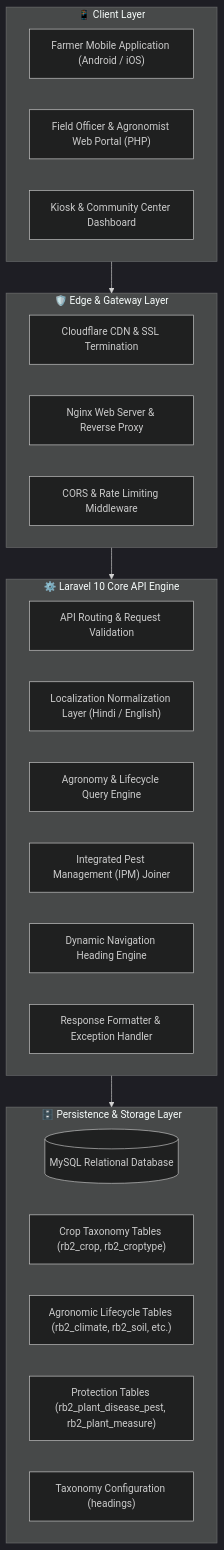
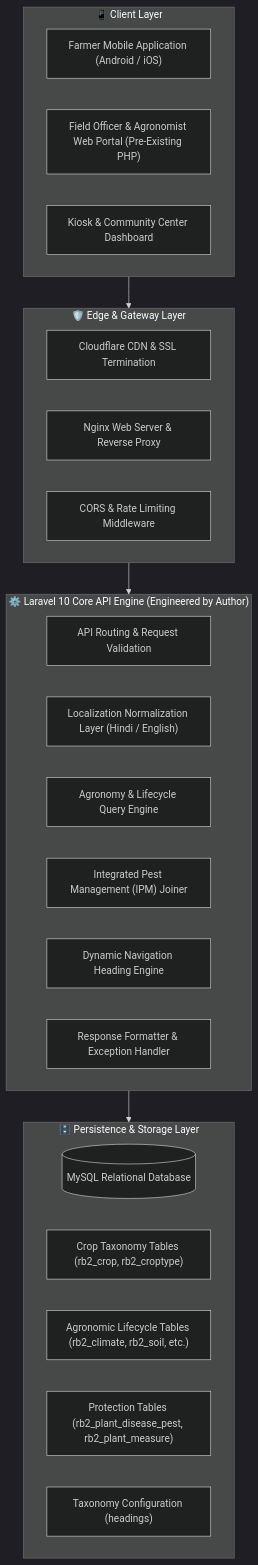
One commit to yashin-chauhan/pragya-crop-advisory changed the first of 2 diagrams in ARCHITECTURE.md. Above: the diagram before and after it, drawn with Mermaid (dark theme). The commit also changed other lines of this file and 1 other file, not shown here.

Commit message:
docs: clarify scope of work emphasizing standalone Laravel REST API modernization layer

````diff
--- a/ARCHITECTURE.md
+++ b/ARCHITECTURE.md
@@ -11,35 +13,35 @@
 ```mermaid
 graph TD
     subgraph Clients["📱 Client Layer"]
         A1["Farmer Mobile Application (Android / iOS)"]
-        A2["Field Officer & Agronomist Web Portal (PHP)"]
+        A2["Field Officer & Agronomist Web Portal (Pre-Existing PHP)"]
         A3["Kiosk & Community Center Dashboard"]
     end
 
     subgraph Edge["🛡️ Edge & Gateway Layer"]
         B1["Cloudflare CDN & SSL Termination"]
         B2["Nginx Web Server & Reverse Proxy"]
         B3["CORS & Rate Limiting Middleware"]
     end
 
-    subgraph Backend["⚙️ Laravel 10 Core API Engine"]
+    subgraph Backend["⚙️ Laravel 10 Core API Engine (Engineered by Author)"]
         C1["API Routing & Request Validation"]
         C2["Localization Normalization Layer (Hindi / English)"]
         C3["Agronomy & Lifecycle Query Engine"]
         C4["Integrated Pest Management (IPM) Joiner"]
         C5["Dynamic Navigation Heading Engine"]
         C6["Response Formatter & Exception Handler"]
     end
 
     subgraph Persistence["🗄️ Persistence & Storage Layer"]
         D1[("MySQL Relational Database")]
         D2["Crop Taxonomy Tables (rb2_crop, rb2_croptype)"]
         D3["Agronomic Lifecycle Tables (rb2_climate, rb2_soil, etc.)"]
         D4["Protection Tables (rb2_plant_disease_pest, rb2_plant_measure)"]
         D5["Taxonomy Configuration (headings)"]
     end
 
     Clients --> Edge
     Edge --> Backend
     Backend --> Persistence
 ```
````
